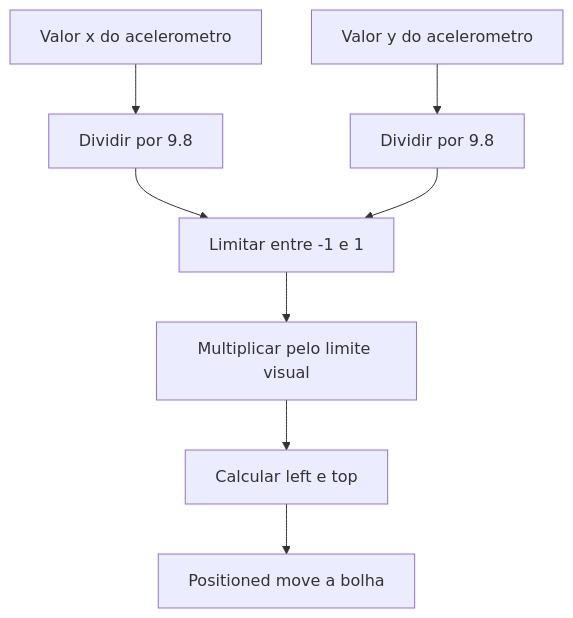
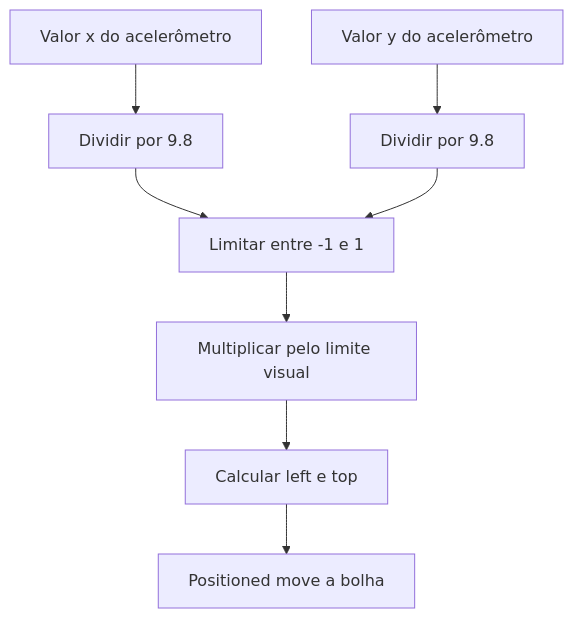
One commit to prof-gustavo-villalta/self changed diagram 15 of 17 in courses/2026-1-DS-Prog-Aplicativos-Mobile-II-Novotec-Noturno/aulas/aula-11.md. Above: the diagram before and after it, drawn with Mermaid. The commit also changed other lines of this file and 6 other files, not shown here.

````diff
--- a/courses/2026-1-DS-Prog-Aplicativos-Mobile-II-Novotec-Noturno/aulas/aula-11.md
+++ b/courses/2026-1-DS-Prog-Aplicativos-Mobile-II-Novotec-Noturno/aulas/aula-11.md
@@ -812,10 +812,10 @@
 ```mermaid
 flowchart TD
-    A[Valor x do acelerometro] --> B[Dividir por 9.8]
-    C[Valor y do acelerometro] --> D[Dividir por 9.8]
+    A[Valor x do acelerômetro] --> B[Dividir por 9.8]
+    C[Valor y do acelerômetro] --> D[Dividir por 9.8]
     B --> E[Limitar entre -1 e 1]
     D --> E
     E --> F[Multiplicar pelo limite visual]
     F --> G[Calcular left e top]
     G --> H[Positioned move a bolha]
 ```
````
